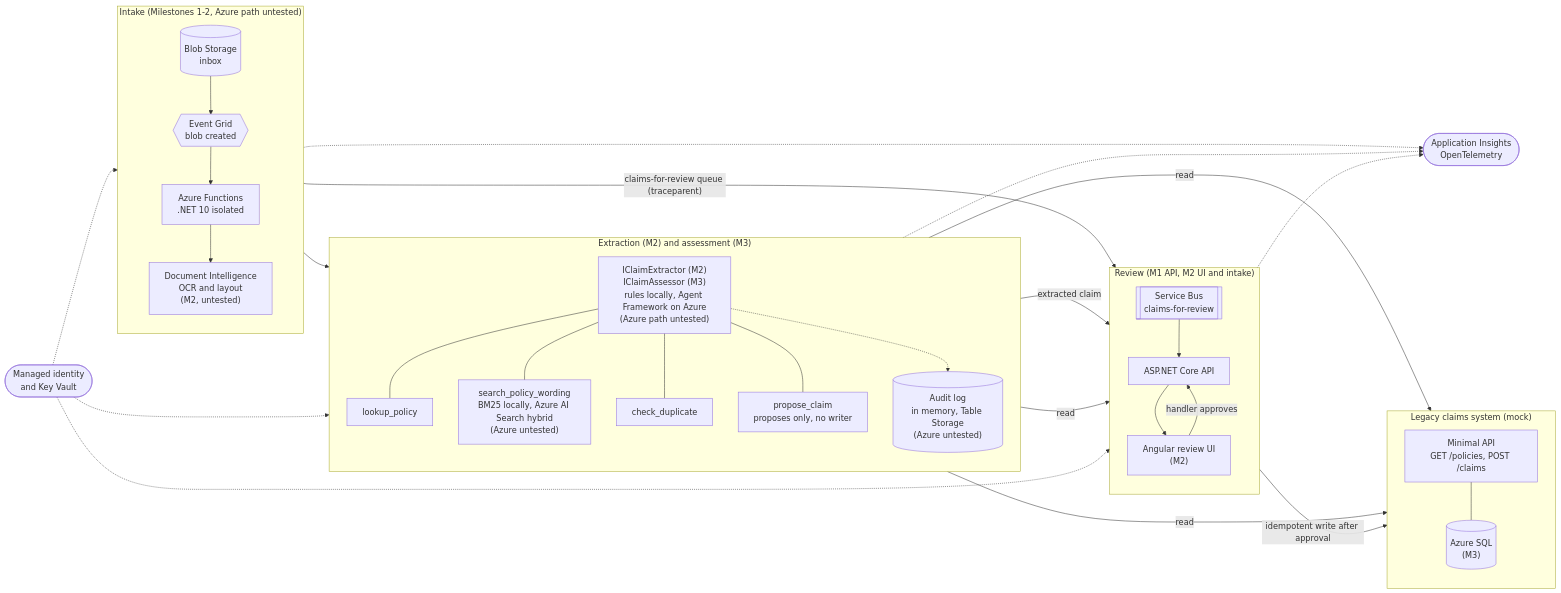
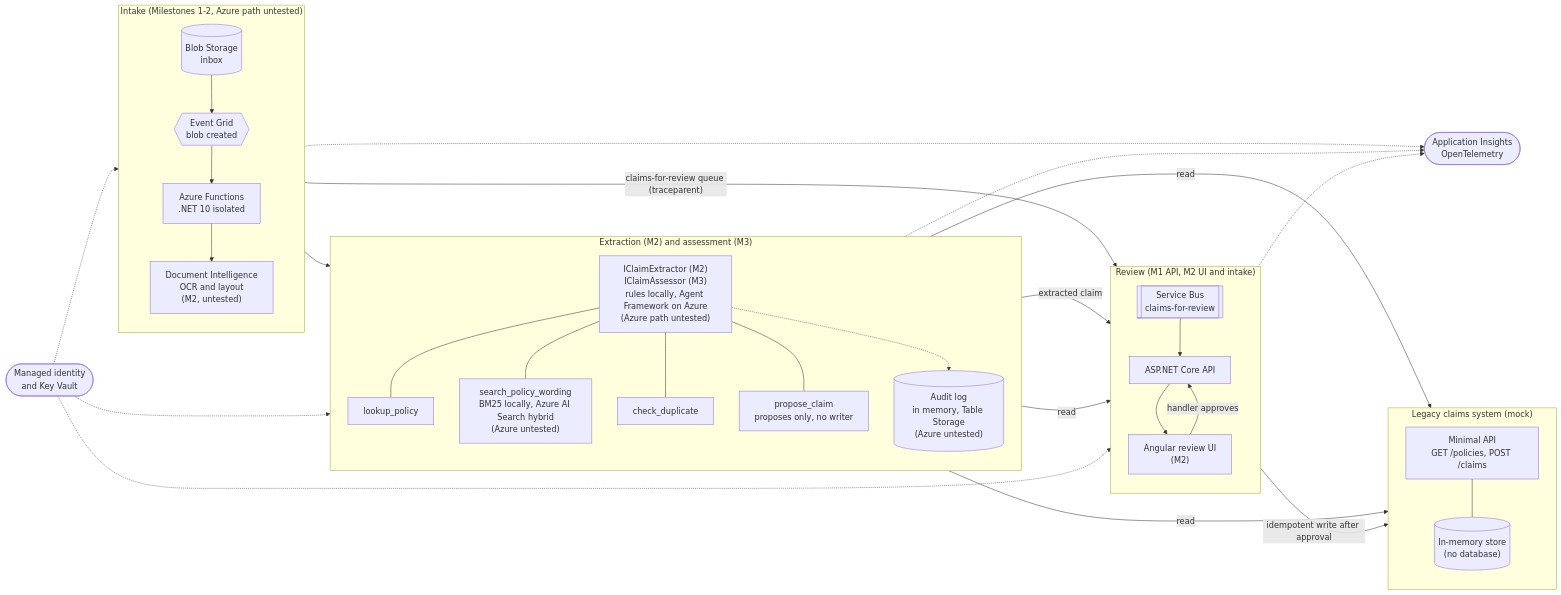
One commit to VarrunSS/claims-intake-accelerator changed the diagram in docs/architecture.md. Above: the diagram before and after it, drawn with Mermaid. The commit also changed other lines of this file and 28 other files, not shown here.

````diff
--- a/docs/architecture.md
+++ b/docs/architecture.md
@@ -17,59 +18,59 @@
 ```mermaid
 flowchart LR
     subgraph Intake["Intake (Milestones 1-2, Azure path untested)"]
         direction TB
         Inbox[("Blob Storage<br/>inbox")]
         EG{{"Event Grid<br/>blob created"}}
         Fn["Azure Functions<br/>.NET 10 isolated"]
         DI["Document Intelligence<br/>OCR and layout<br/>(M2, untested)"]
         Inbox --> EG --> Fn --> DI
     end
 
     subgraph Agent["Extraction (M2) and assessment (M3)"]
         direction TB
         AG["IClaimExtractor (M2)<br/>IClaimAssessor (M3)<br/>rules locally, Agent Framework on Azure<br/>(Azure path untested)"]
         T1["lookup_policy"]
         T2["search_policy_wording<br/>BM25 locally, Azure AI Search hybrid<br/>(Azure untested)"]
         T3["check_duplicate"]
         T4["propose_claim<br/>proposes only, no writer"]
         AUD[("Audit log<br/>in memory, Table Storage<br/>(Azure untested)")]
         AG --- T1
         AG --- T2
         AG --- T3
         AG --- T4
         AG -.-> AUD
     end
 
     subgraph Review["Review (M1 API, M2 UI and intake)"]
         direction TB
         SB1[["Service Bus<br/>claims-for-review"]]
         API["ASP.NET Core API"]
         UI["Angular review UI<br/>(M2)"]
         SB1 --> API --> UI
     end
 
     subgraph Legacy["Legacy claims system (mock)"]
         direction TB
         LAPI["Minimal API<br/>GET /policies, POST /claims"]
-        SQL[("Azure SQL<br/>(M3)")]
-        LAPI --- SQL
+        MEM[("In-memory store<br/>(no database)")]
+        LAPI --- MEM
     end
 
     Fn -- "claims-for-review queue (traceparent)" --> API
     DI --> AG
     T1 -- read --> LAPI
     T3 -- read --> LAPI
     T3 -- read --> API
     AG -- "extracted claim" --> SB1
     UI -- "handler approves" --> API
     API -- "idempotent write after approval" --> LAPI
 
     MI(["Managed identity<br/>and Key Vault"])
     OBS(["Application Insights<br/>OpenTelemetry"])
     MI -.-> Fn
     MI -.-> API
     MI -.-> AG
     Fn -.-> OBS
     API -.-> OBS
     AG -.-> OBS
 ```
````
